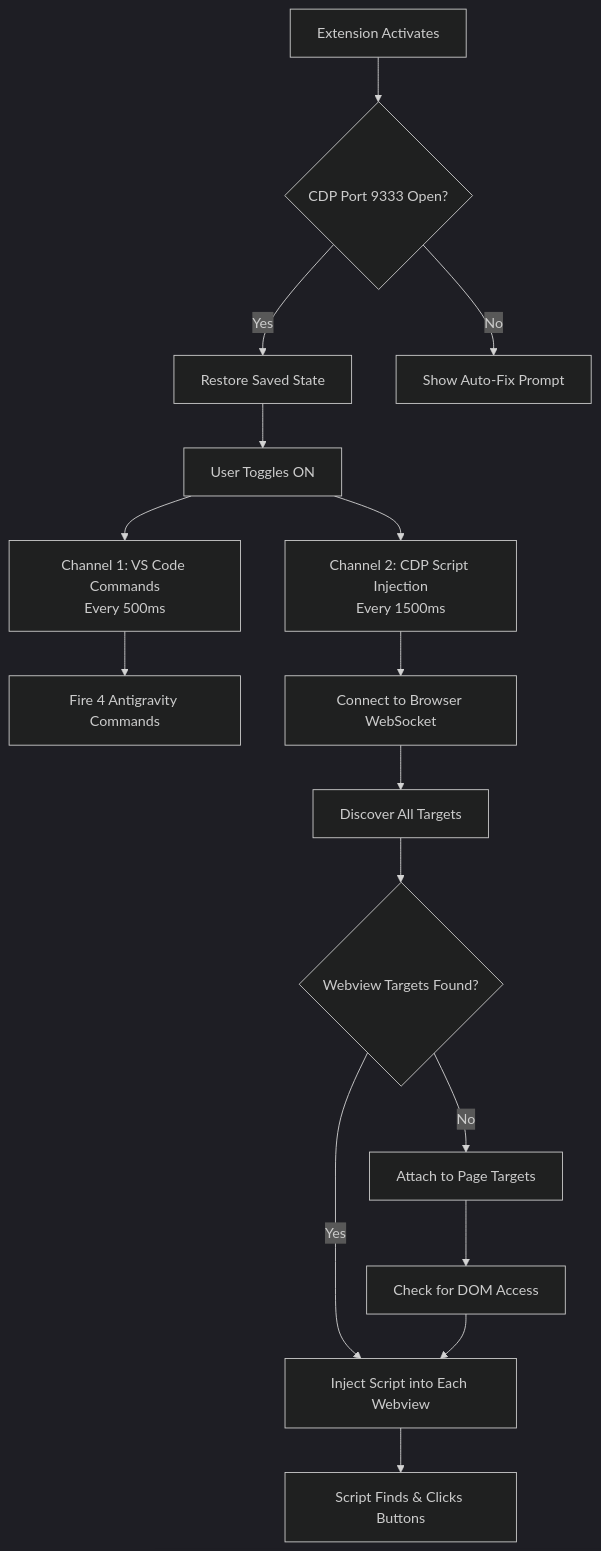
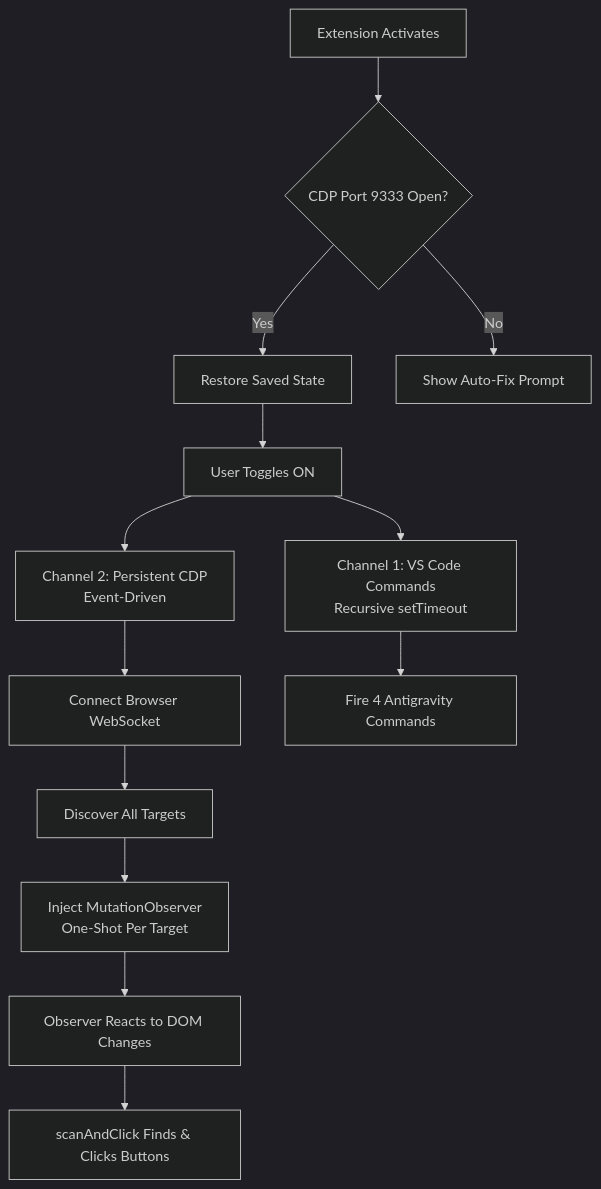
One commit to yazanbaker94/AntiGravity-AutoAccept changed the diagram in ANALYSIS.md. Above: the diagram before and after it, drawn with Mermaid (dark theme). The commit also changed other lines of this file and 12 other files, not shown here.

````diff
--- a/ANALYSIS.md
+++ b/ANALYSIS.md
@@ -13,18 +13,15 @@
 ```mermaid
 graph TD
     A[Extension Activates] --> B{CDP Port 9333 Open?}
     B -->|Yes| C[Restore Saved State]
     B -->|No| D[Show Auto-Fix Prompt]
     C --> E[User Toggles ON]
-    E --> F[Channel 1: VS Code Commands<br/>Every 500ms]
-    E --> G[Channel 2: CDP Script Injection<br/>Every 1500ms]
-    F --> H[Fire 4 Antigravity Commands]
-    G --> I[Connect to Browser WebSocket]
-    I --> J[Discover All Targets]
-    J --> K{Webview Targets Found?}
-    K -->|Yes| L[Inject Script into Each Webview]
-    K -->|No| M[Attach to Page Targets]
-    M --> N[Check for DOM Access]
-    N --> L
-    L --> O[Script Finds & Clicks Buttons]
+    E --> F[Channel 1: VS Code Commands<br/>Recursive setTimeout]
+    E --> G[Channel 2: Persistent CDP<br/>Event-Driven]
+    G --> H[Connect Browser WebSocket]
+    H --> I[Discover All Targets]
+    I --> J[Inject MutationObserver<br/>One-Shot Per Target]
+    J --> K[Observer Reacts to DOM Changes]
+    K --> L[scanAndClick Finds & Clicks Buttons]
+    F --> M[Fire 4 Antigravity Commands]
 ```
````
